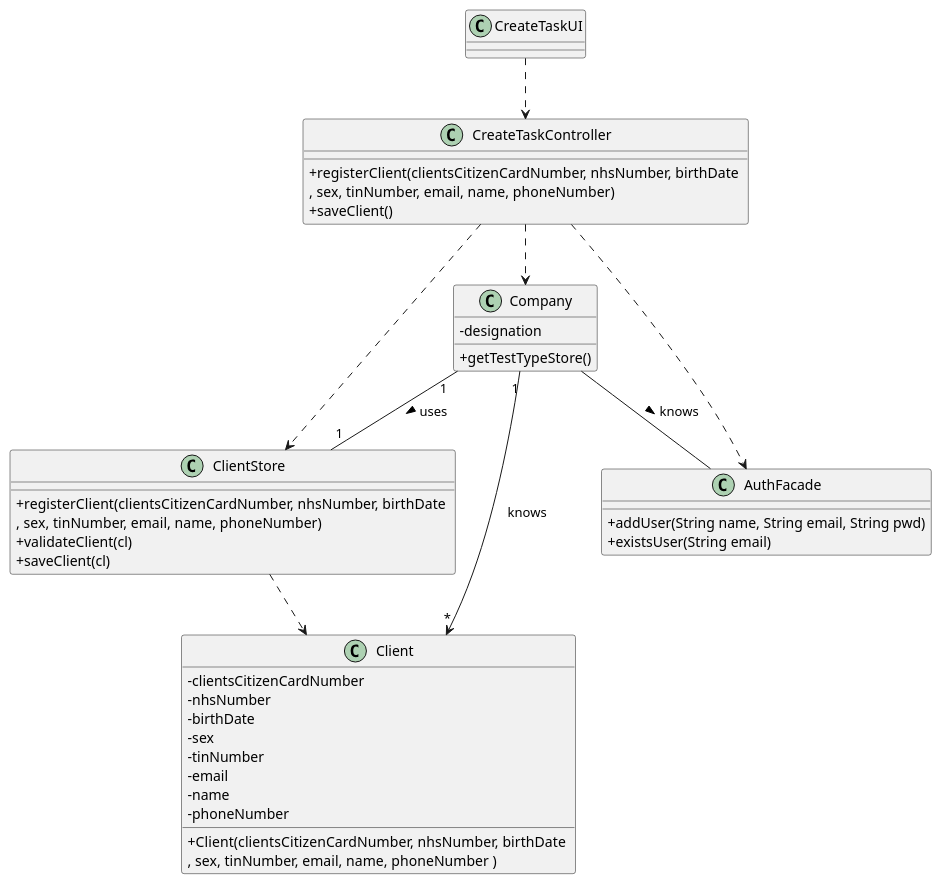
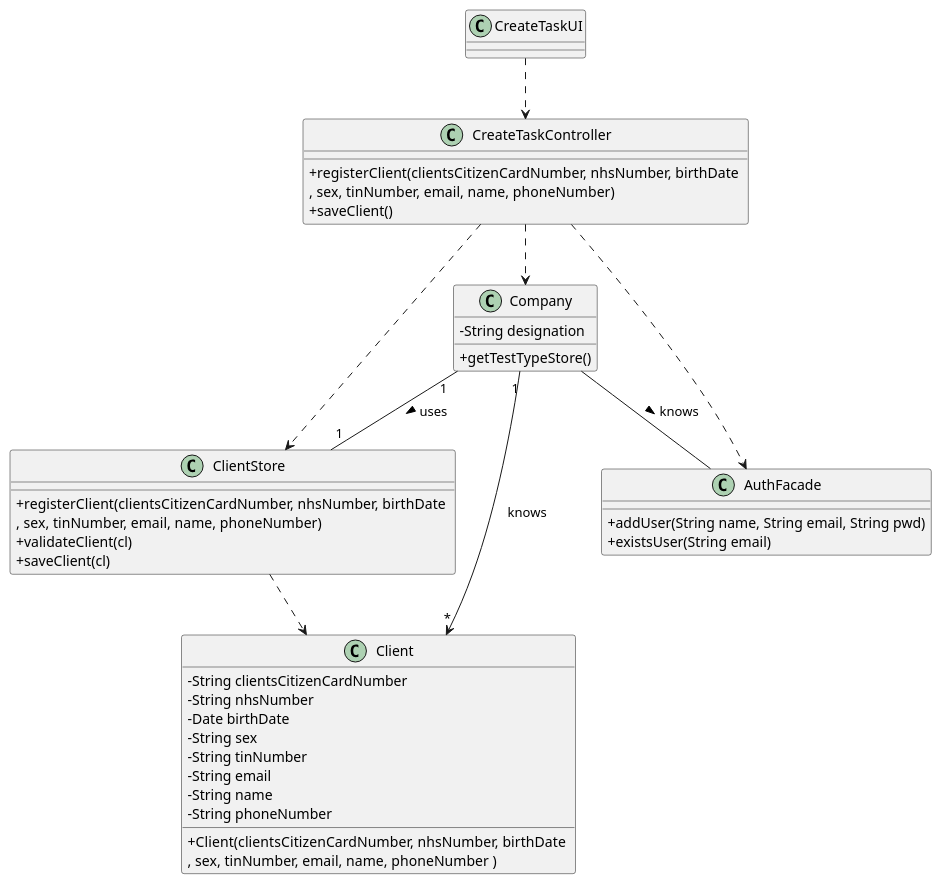
One commit to ana-albergaria/LAPR2-ISEP changed the diagram in docs/SprintB/US_3/US3_CD.puml. Above: the diagram before and after it, drawn with PlantUML. The commit also changed 2 other files, not shown here.

```diff
--- a/docs/SprintB/US_3/US3_CD.puml
+++ b/docs/SprintB/US_3/US3_CD.puml
@@ -1,58 +1,58 @@
 @startuml
 skinparam classAttributeIconSize 0
 
 class Client {
--clientsCitizenCardNumber
--nhsNumber
--birthDate
--sex
--tinNumber
--email
--name
--phoneNumber
+-String clientsCitizenCardNumber
+-String nhsNumber
+-Date birthDate
+-String sex
+-String tinNumber
+-String email
+-String name
+-String phoneNumber
 +Client(clientsCitizenCardNumber, nhsNumber, birthDate \n, sex, tinNumber, email, name, phoneNumber )
 }
 
 class ClientStore{
 +registerClient(clientsCitizenCardNumber, nhsNumber, birthDate \n, sex, tinNumber, email, name, phoneNumber)
 +validateClient(cl)
 +saveClient(cl)
 }
 
 
 class AuthFacade{
 +addUser(String name, String email, String pwd)
 +existsUser(String email)
 }
 
 
 
 class Company {
--designation
+-String designation
 +getTestTypeStore()
 }
 
 
 
 
 
 class CreateTaskController {
   +registerClient(clientsCitizenCardNumber, nhsNumber, birthDate \n, sex, tinNumber, email, name, phoneNumber)
   +saveClient()
 }
 
 class CreateTaskUI {
 
 }
 
 CreateTaskUI ..> CreateTaskController
 CreateTaskController ..> Company
 CreateTaskController ..> AuthFacade
 CreateTaskController ..> ClientStore
 '/Client ..> UserSession'/
 Company "1" --> "*" Client : knows
 Company "1" -- "1" ClientStore : uses >
 Company  --  AuthFacade : knows >
 ClientStore ..> Client
 
 @enduml
```
